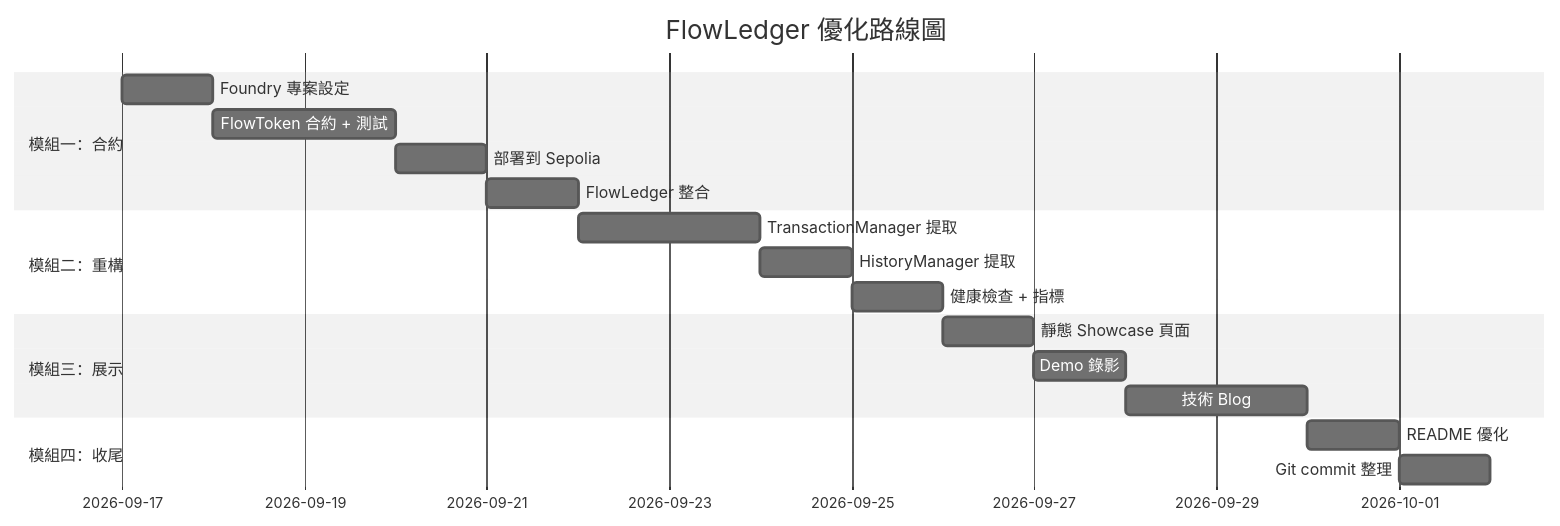
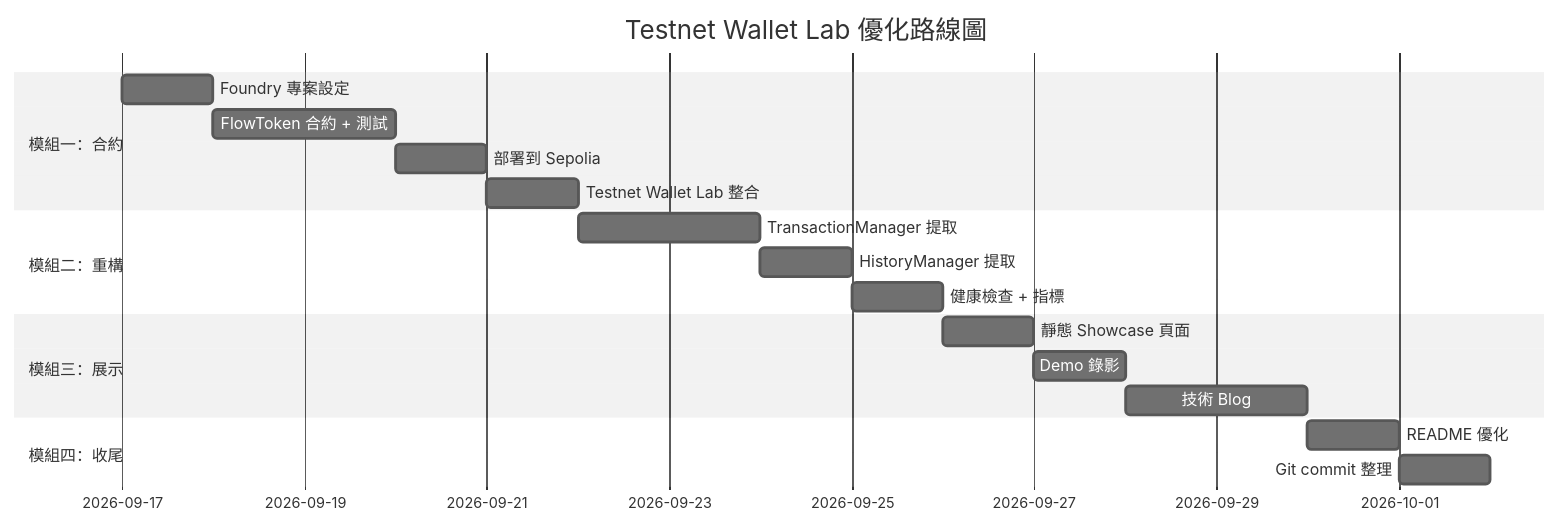
Before and after one commit to a861252012/flowledger: the diagram in OPTIMIZATION_PLAN.md, drawn with Mermaid (neutral theme). The commit also changed other lines of this file and 48 other files, not shown here.

Commit message:
refactor: align repository and module with Testnet Wallet Lab

````diff
--- a/OPTIMIZATION_PLAN.md
+++ b/OPTIMIZATION_PLAN.md
@@ -420,21 +420,21 @@
 ```mermaid
 gantt
-    title FlowLedger 優化路線圖
+    title Testnet Wallet Lab 優化路線圖
     dateFormat  YYYY-MM-DD
     section 模組一：合約
     Foundry 專案設定             :a1, 2026-09-17, 1d
     FlowToken 合約 + 測試        :a2, after a1, 2d
     部署到 Sepolia               :a3, after a2, 1d
-    FlowLedger 整合              :a4, after a3, 1d
+    Testnet Wallet Lab 整合              :a4, after a3, 1d
     section 模組二：重構
     TransactionManager 提取      :b1, after a4, 2d
     HistoryManager 提取          :b2, after b1, 1d
     健康檢查 + 指標               :b3, after b2, 1d
     section 模組三：展示
     靜態 Showcase 頁面            :c1, after b3, 1d
     Demo 錄影                    :c2, after c1, 1d
     技術 Blog                    :c3, after c2, 2d
     section 模組四：收尾
     README 優化                  :d1, after c3, 1d
     Git commit 整理              :d2, after d1, 1d
 ```
````
